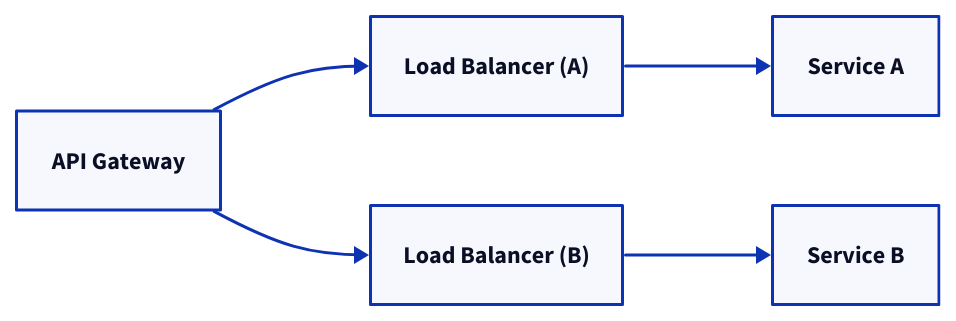
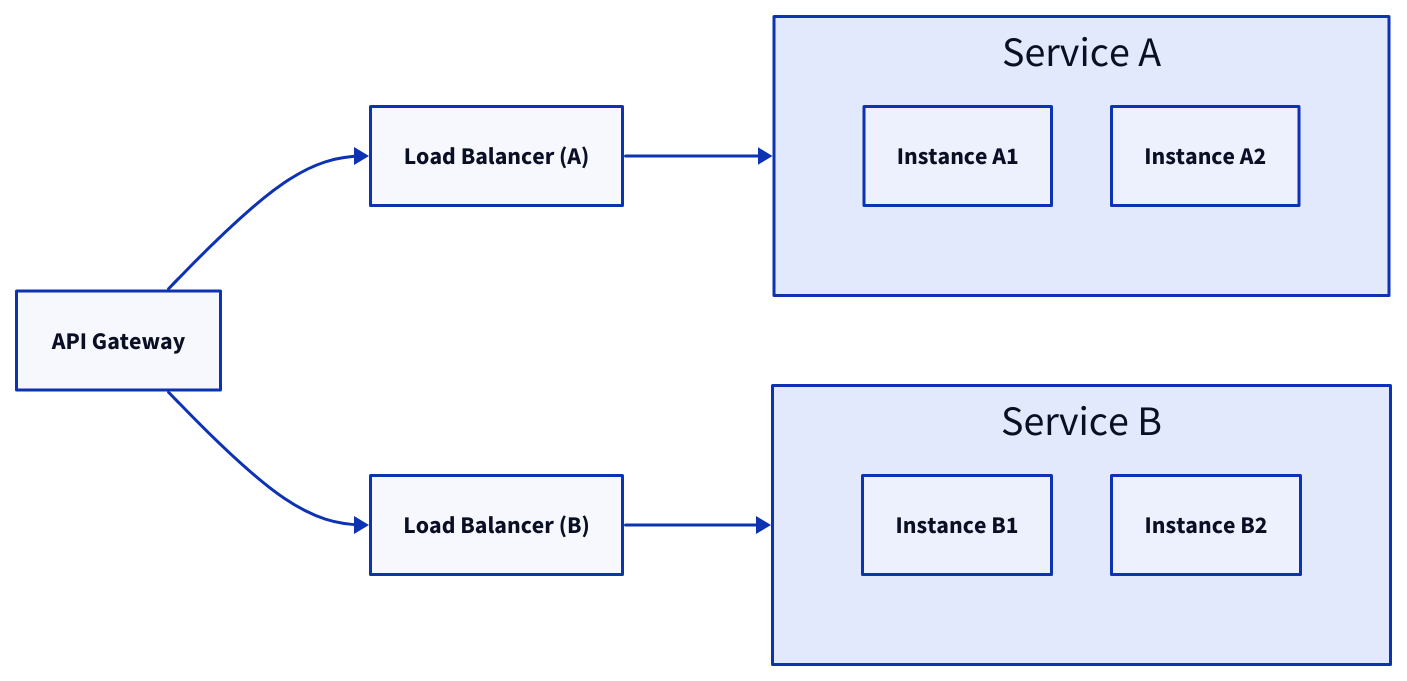
One commit to link1905/system-design-101 changed diagram 13 of 20 in content/docs/web-service/load-balancer.md. Above: the diagram before and after it, drawn with D2. The commit also changed other lines of this file and 14 other files, not shown here.

````diff
--- a/content/docs/web-service/load-balancer.md
+++ b/content/docs/web-service/load-balancer.md
@@ -446,23 +483,34 @@
 ```d2
-
 direction: right
 g: API Gateway {
   class: gw
 }
 la: Load Balancer (A) {
     class: lb
 }
 a: Service A {
-  class: server
+  grid-rows: 1
+  s1: Instance A1 {
+    class: server
+  }
+  s2: Instance A2 {
+    class: server
+  }
 }
 lb: Load Balancer (B) {
     class: lb
 }
 b: Service B {
-  class: server
+  grid-rows: 1
+  s1: Instance B1 {
+    class: server
+  }
+  s2: Instance B2 {
+    class: server
+  }
 }
 g -> la 
 la -> a
 g -> lb
 lb -> b
 ```
````
